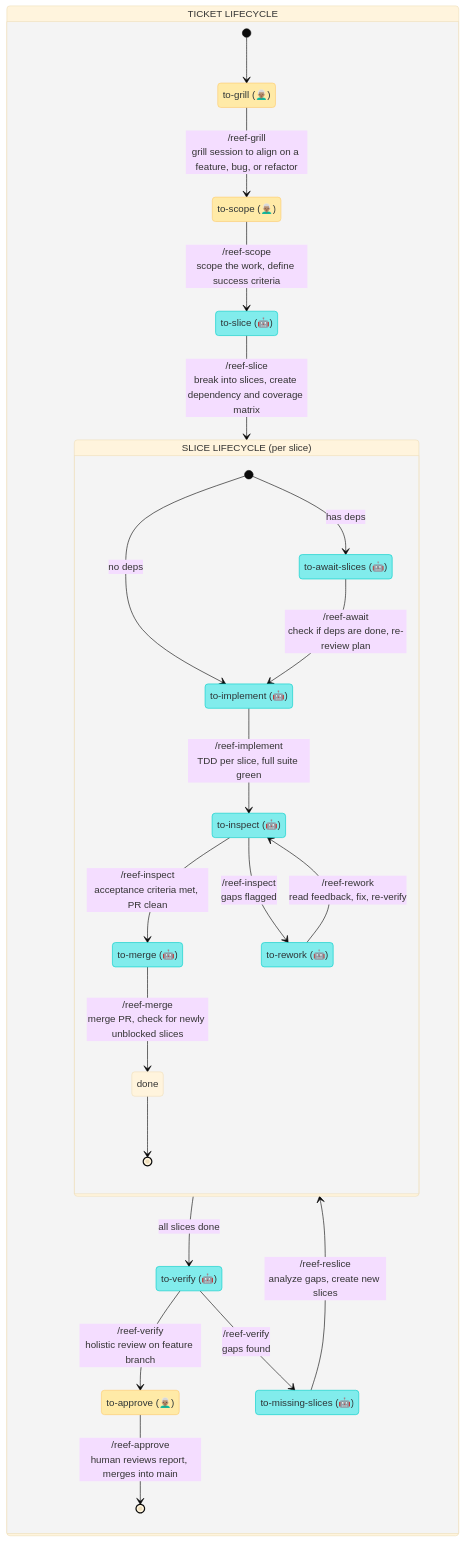
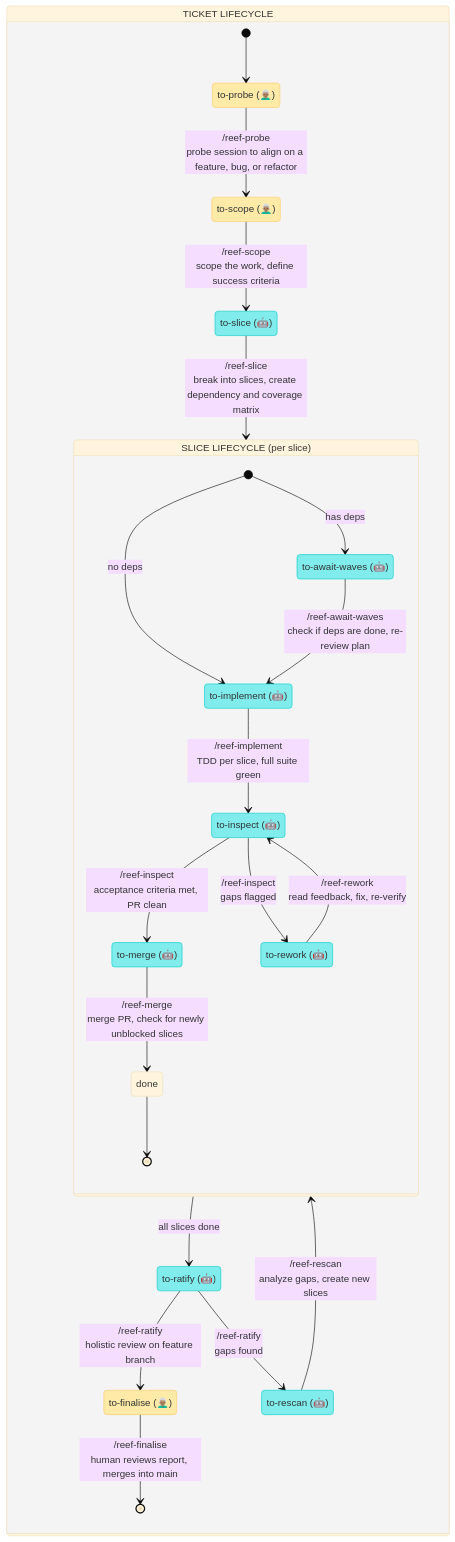
One commit to mesqueeb/moonjelly-reef changed the diagram in orchestration-state-machine.md. Above: the diagram before and after it, drawn with Mermaid (base theme). The commit also changed other lines of this file, not shown here.

````diff
--- a/orchestration-state-machine.md
+++ b/orchestration-state-machine.md
@@ -17,50 +17,50 @@
 ```mermaid
 stateDiagram-v2
     direction TB
 
     classDef human fill:#ffeaa7,stroke:#fdcb6e,color:#2d3436
     classDef agent fill:#81ecec,stroke:#00cec9,color:#2d3436
 
     state "TICKET LIFECYCLE" as work {
 
-        state "to-grill (👨🏽‍🦳)" as to_grill
+        state "to-probe (👨🏽‍🦳)" as to_probe
         state "to-scope (👨🏽‍🦳)" as to_scope
         state "to-slice (🤖)" as to_slice
-        state "to-verify (🤖)" as to_verify
-        state "to-missing-slices (🤖)" as gaps_to_new_slices
-        state "to-approve (👨🏽‍🦳)" as to_approve
+        state "to-ratify (🤖)" as to_ratify
+        state "to-rescan (🤖)" as gaps_to_rescan
+        state "to-finalise (👨🏽‍🦳)" as to_finalise
 
-        [*] --> to_grill
-        to_grill --> to_scope : /reef-grill<br />grill session to align on a feature, bug, or refactor
+        [*] --> to_probe
+        to_probe --> to_scope : /reef-probe<br />probe session to align on a feature, bug, or refactor
         to_scope --> to_slice : /reef-scope<br />scope the work, define success criteria
         to_slice --> slice_lifecycle : /reef-slice<br />break into slices, create dependency and coverage matrix
-        slice_lifecycle --> to_verify : all slices done
-        to_verify --> to_approve : /reef-verify<br />holistic review on feature branch
-        to_verify --> gaps_to_new_slices : /reef-verify<br />gaps found
-        gaps_to_new_slices --> slice_lifecycle : /reef-reslice<br />analyze gaps, create new slices
-        to_approve --> [*] : /reef-approve<br />human reviews report, merges into main
+        slice_lifecycle --> to_ratify : all slices done
+        to_ratify --> to_finalise : /reef-ratify<br />holistic review on feature branch
+        to_ratify --> gaps_to_rescan : /reef-ratify<br />gaps found
+        gaps_to_rescan --> slice_lifecycle : /reef-rescan<br />analyze gaps, create new slices
+        to_finalise --> [*] : /reef-finalise<br />human reviews report, merges into main
     }
 
     state "SLICE LIFECYCLE (per slice)" as slice_lifecycle {
 
-        state "to-await-slices (🤖)" as to_await
+        state "to-await-waves (🤖)" as to_await
         state "to-implement (🤖)" as to_implement
         state "to-inspect (🤖)" as to_inspect
         state "to-rework (🤖)" as needs_rework
         state "to-merge (🤖)" as to_merge
         state "done" as slice_done
 
         [*] --> to_implement : no deps
         [*] --> to_await : has deps
-        to_await --> to_implement : /reef-await<br />check if deps are done, re-review plan
+        to_await --> to_implement : /reef-await-waves<br />check if deps are done, re-review plan
         to_implement --> to_inspect : /reef-implement<br />TDD per slice, full suite green
         to_inspect --> to_merge : /reef-inspect<br />acceptance criteria met, PR clean
         to_inspect --> needs_rework : /reef-inspect<br />gaps flagged
         needs_rework --> to_inspect : /reef-rework<br />read feedback, fix, re-verify
         to_merge --> slice_done : /reef-merge<br />merge PR, check for newly unblocked slices
         slice_done --> [*]
     }
 
-    class to_grill,to_scope,to_approve human
-    class to_slice,to_verify,gaps_to_new_slices,to_await,to_implement,to_inspect,needs_rework,to_merge agent
+    class to_probe,to_scope,to_finalise human
+    class to_slice,to_ratify,gaps_to_rescan,to_await,to_implement,to_inspect,needs_rework,to_merge agent
 ```
````
